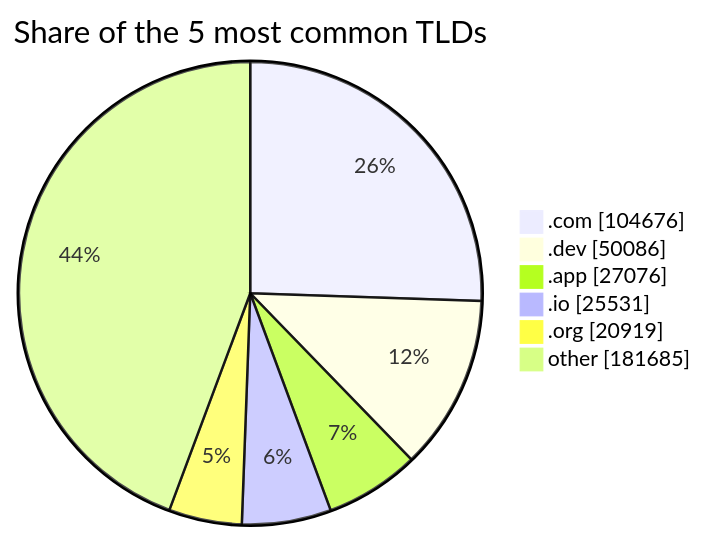
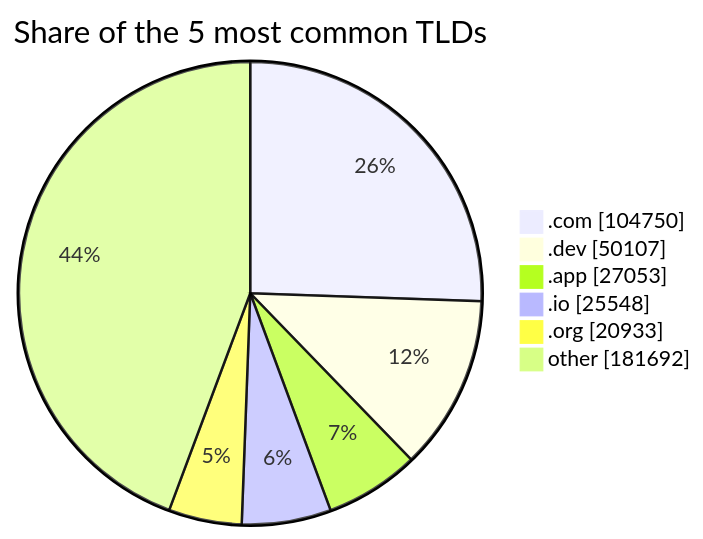
Before and after one commit to DNSBunker/CTI: the third of 3 diagrams in README.md, drawn with Mermaid. The commit also changed other lines of this file and 3 other files, not shown here.

````diff
--- a/README.md
+++ b/README.md
@@ -81,9 +81,9 @@
 ```mermaid
 pie showData title Share of the 5 most common TLDs
-    ".com" : 104676
-    ".dev" : 50086
-    ".app" : 27076
-    ".io" : 25531
-    ".org" : 20919
-    "other" : 181685
+    ".com" : 104750
+    ".dev" : 50107
+    ".app" : 27053
+    ".io" : 25548
+    ".org" : 20933
+    "other" : 181692
 ```
````
